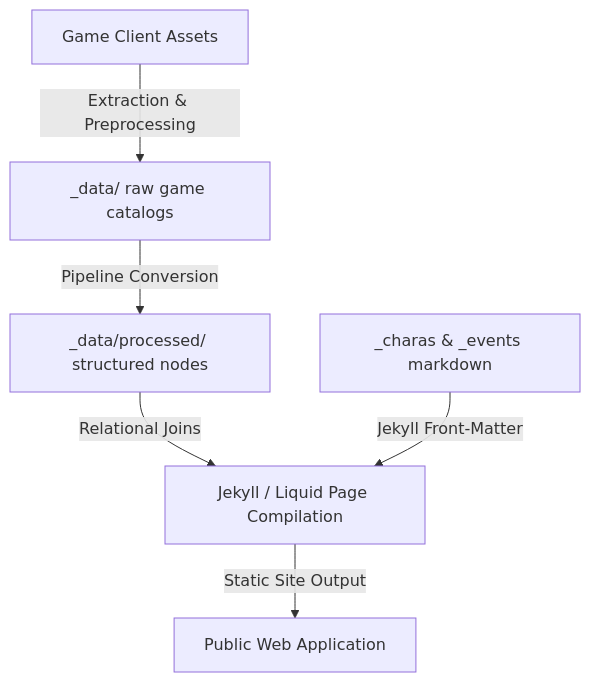
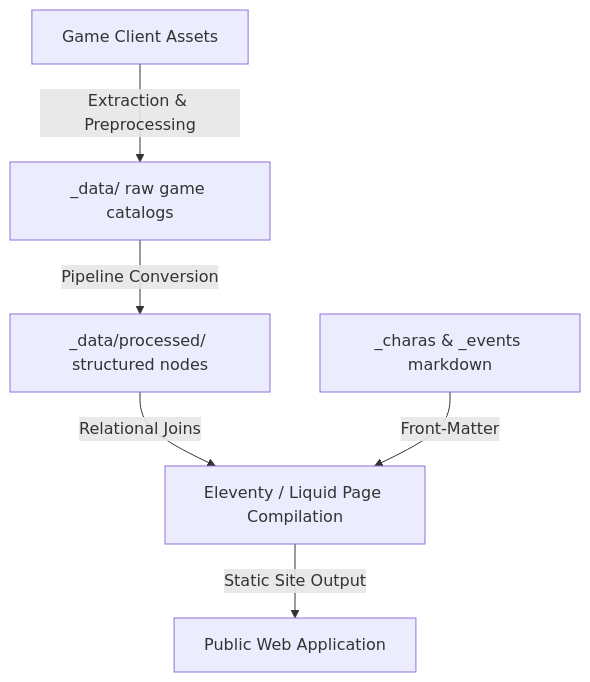
One commit to liveahero-wiki/liveahero-wiki.github.io changed the diagram in AGENTS.md. Above: the diagram before and after it, drawn with Mermaid. The commit also changed other lines of this file and 96 other files, not shown here.

````diff
--- a/AGENTS.md
+++ b/AGENTS.md
@@ -34,8 +37,8 @@
 ```mermaid
 graph TD
     A[Game Client Assets] -->|Extraction & Preprocessing| B[_data/ raw game catalogs]
     B -->|Pipeline Conversion| C[_data/processed/ structured nodes]
-    C -->|Relational Joins| D[Jekyll / Liquid Page Compilation]
-    E[_charas & _events markdown] -->|Jekyll Front-Matter| D
+    C -->|Relational Joins| D[Eleventy / Liquid Page Compilation]
+    E[_charas & _events markdown] -->|Front-Matter| D
     D -->|Static Site Output| F[Public Web Application]
 ```
````
